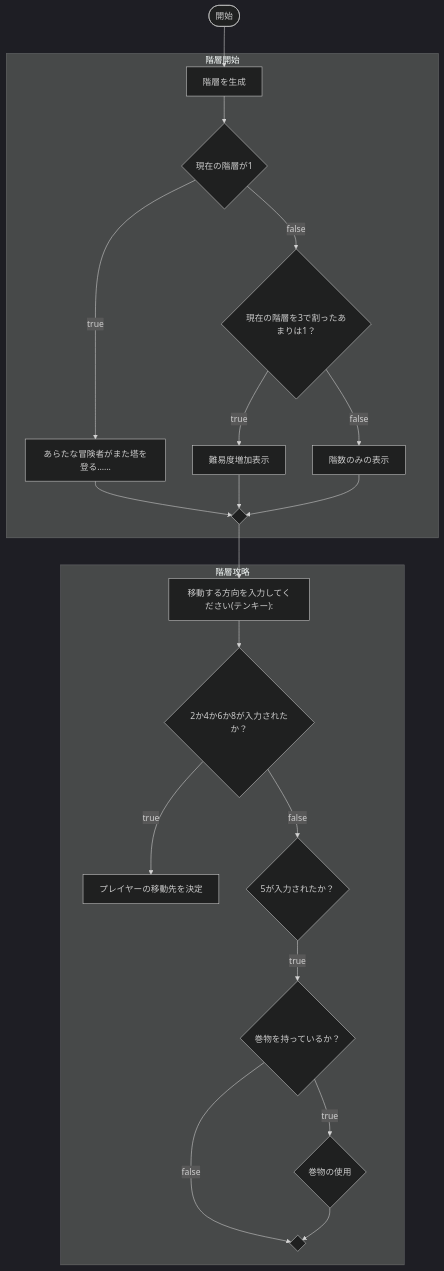
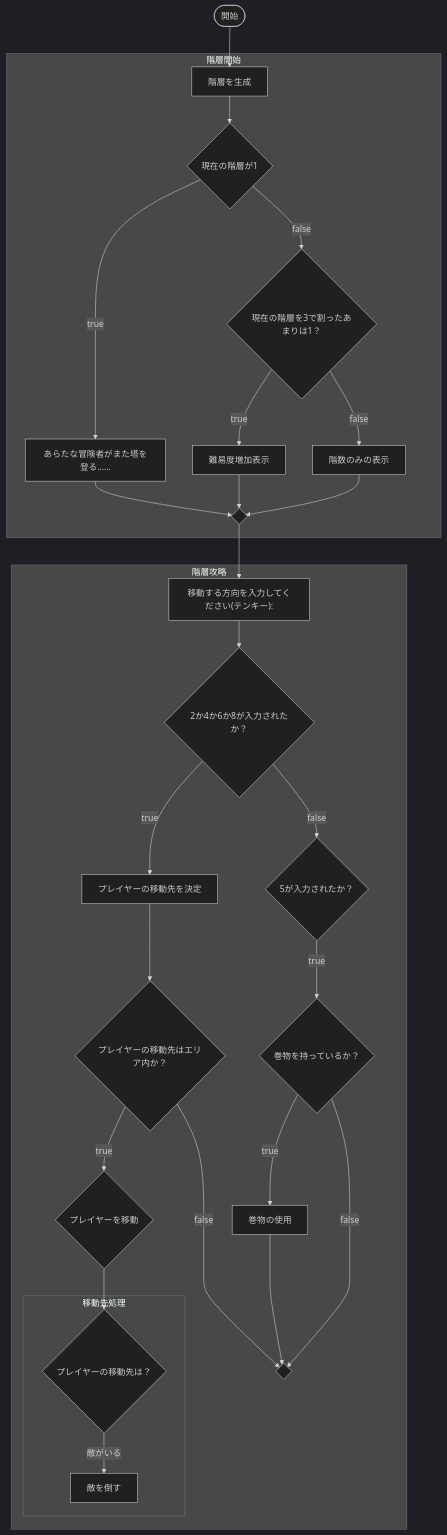
One commit to amichi5963/mermaid_test changed the diagram in README.md. Above: the diagram before and after it, drawn with Mermaid (dark theme).

````diff
--- a/README.md
+++ b/README.md
@@ -20,24 +20,31 @@
 ```mermaid
 flowchart TB;
   start([開始]) --> A[階層を生成]
 subgraph 階層開始
   A --> B{"現在の階層が1"}
   B -->|true| C["あらたな冒険者がまた塔を登る……"]
   B -->|false| D{"現在の階層を3で割ったあまりは1？"}
   D -->|true| E["難易度増加表示"]
   D -->|false| F["階数のみの表示"]
   C -->join{" "}
   E -->join
   F -->join
 end
   join --> G["移動する方向を入力してください(テンキー):"]
 subgraph 階層攻略
   G --> H{"2か4か6か8が入力されたか？"}
   H -->|true| I["プレイヤーの移動先を決定"]
   H -->|false| J{"5が入力されたか？"}
   J -->|true| K{"巻物を持っているか？"}
-  K -->|true| L{"巻物の使用"}
+  K -->|true| L["巻物の使用"]
   K -->|false| join1{" "}
   L --> join1
+  I --> M{"プレイヤーの移動先はエリア内か？"}
+  M -->|true| N{"プレイヤーを移動"}
+  M -->|false| join1
+  N --> O{"プレイヤーの移動先は？"}
+subgraph 移動先処理
+  O -->|"敵がいる"| P["敵を倒す"]
+end
 end
 ```
````
